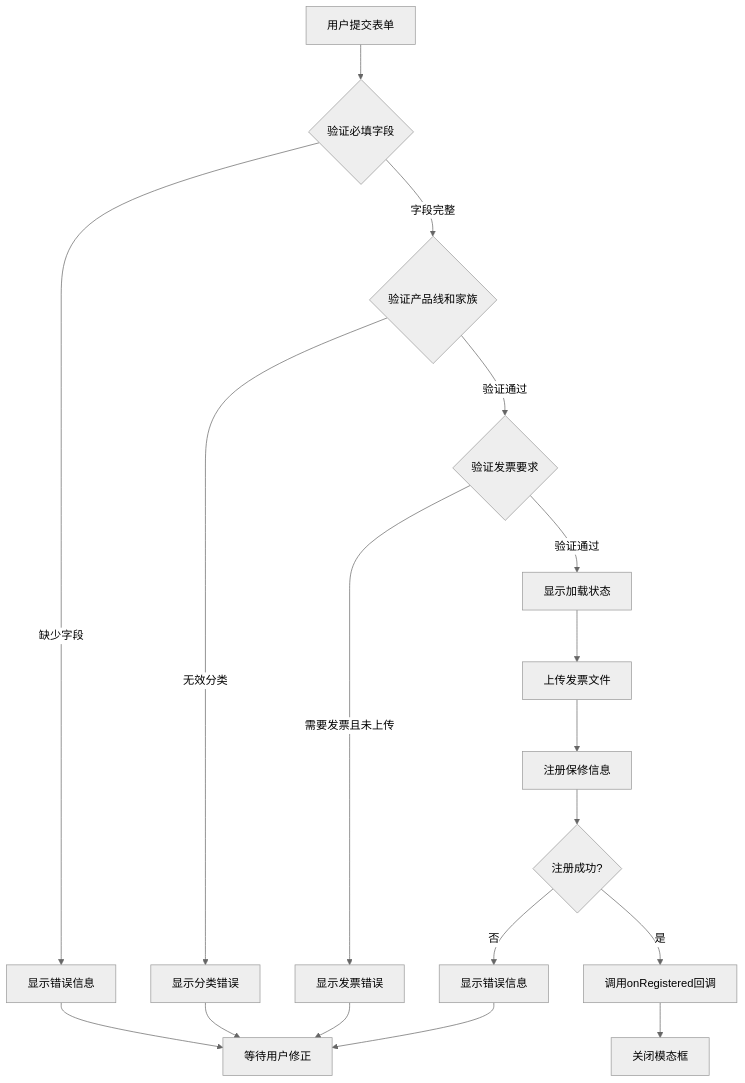
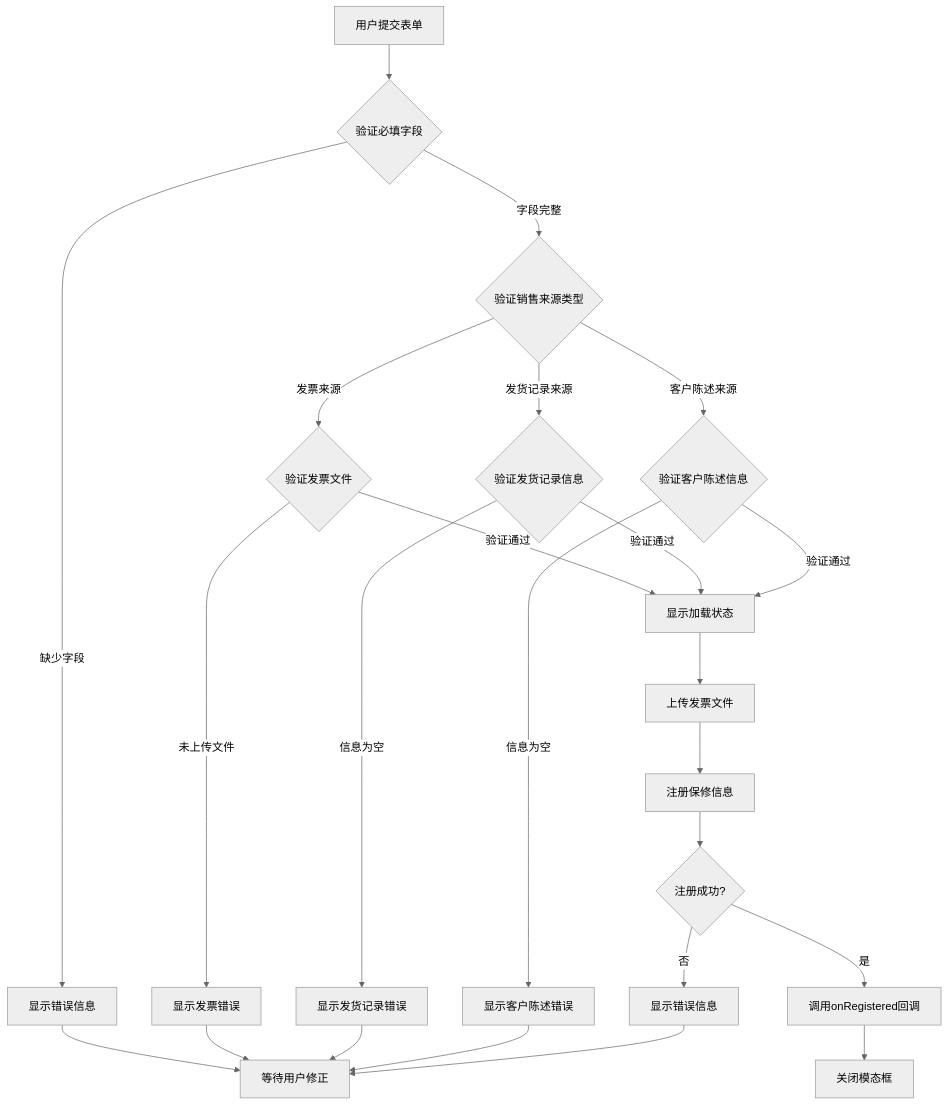
The fifth of 21 diagrams in .qoder/repowiki/zh/content/前端组件架构/保修注册模态框组件.md (CubeEdge/Longhorn), drawn with Mermaid (neutral theme) before and after one commit. The commit also changed other lines of this file and 53 other files, not shown here.

````diff
--- a/.qoder/repowiki/zh/content/前端组件架构/保修注册模态框组件.md
+++ b/.qoder/repowiki/zh/content/前端组件架构/保修注册模态框组件.md
@@ -226,20 +256,26 @@
 ```mermaid
 flowchart TD
 A[用户提交表单] --> B{验证必填字段}
 B --> |缺少字段| C[显示错误信息]
-B --> |字段完整| D{验证产品线和家族}
-D --> |无效分类| E[显示分类错误]
-D --> |验证通过| F{验证发票要求}
-F --> |需要发票且未上传| G[显示发票错误]
-F --> |验证通过| H[显示加载状态]
-H --> I[上传发票文件]
-I --> J[注册保修信息]
-J --> K{注册成功?}
-K --> |是| L[调用onRegistered回调]
-K --> |否| M[显示错误信息]
-C --> N[等待用户修正]
-E --> N
-G --> N
-L --> O[关闭模态框]
-M --> N
+B --> |字段完整| D{验证销售来源类型}
+D --> |发票来源| E{验证发票文件}
+E --> |未上传文件| F[显示发票错误]
+E --> |验证通过| G[显示加载状态]
+D --> |发货记录来源| H{验证发货记录信息}
+H --> |信息为空| I[显示发货记录错误]
+H --> |验证通过| G
+D --> |客户陈述来源| J{验证客户陈述信息}
+J --> |信息为空| K[显示客户陈述错误]
+J --> |验证通过| G
+G --> L[上传发票文件]
+L --> M[注册保修信息]
+M --> N{注册成功?}
+N --> |是| O[调用onRegistered回调]
+N --> |否| P[显示错误信息]
+C --> Q[等待用户修正]
+F --> Q
+I --> Q
+K --> Q
+O --> R[关闭模态框]
+P --> Q
 ```
````
